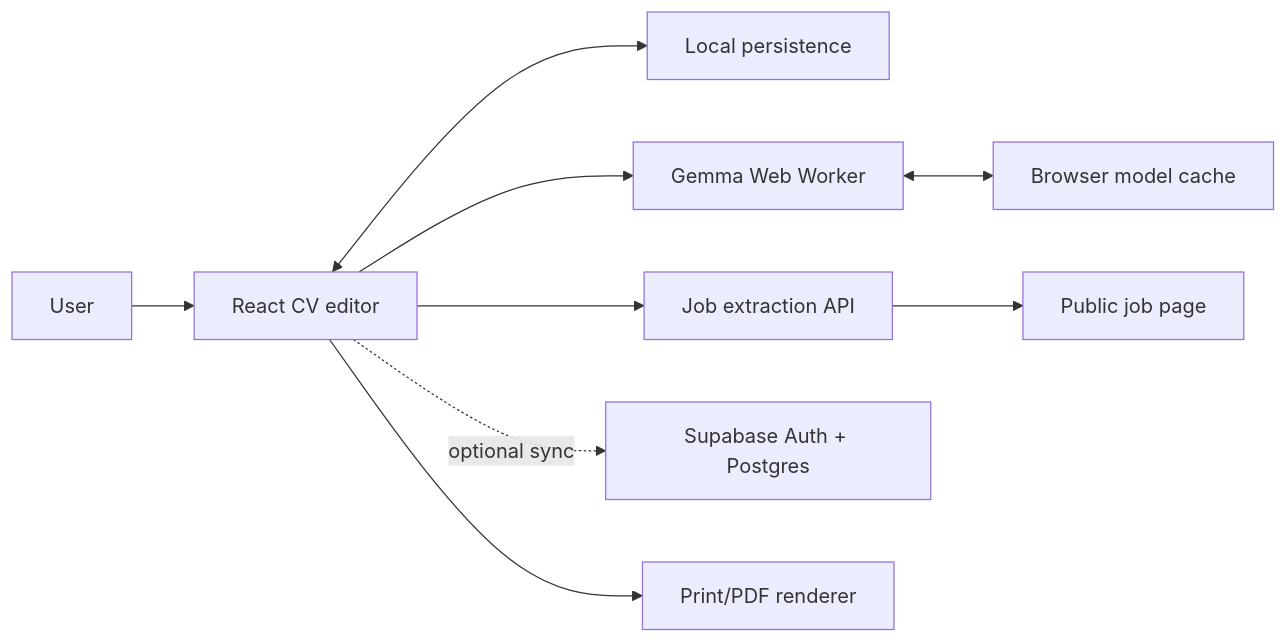
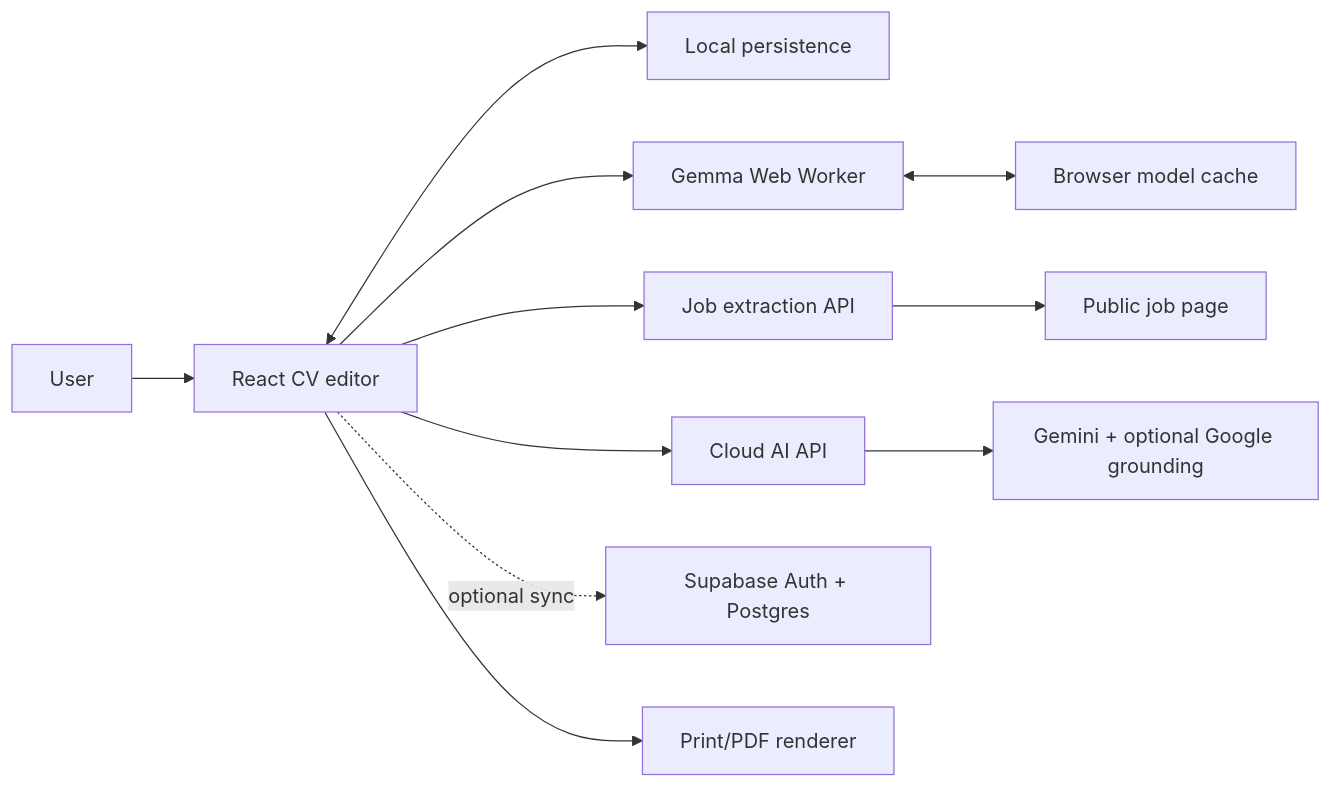
The diagram in docs/ARCHITECTURE.md (BbooKki/cv-copilot), drawn with Mermaid before and after one commit. The commit also changed other lines of this file and 26 other files, not shown here.

````diff
--- a/docs/ARCHITECTURE.md
+++ b/docs/ARCHITECTURE.md
@@ -5,11 +5,13 @@
 ```mermaid
 flowchart LR
     U["User"] --> UI["React CV editor"]
     UI <--> LS["Local persistence"]
     UI --> W["Gemma Web Worker"]
     W <--> C["Browser model cache"]
     UI --> X["Job extraction API"]
     X --> J["Public job page"]
+    UI --> A["Cloud AI API"]
+    A --> G["Gemini + optional Google grounding"]
     UI -. "optional sync" .-> S["Supabase Auth + Postgres"]
     UI --> P["Print/PDF renderer"]
 ```
````
